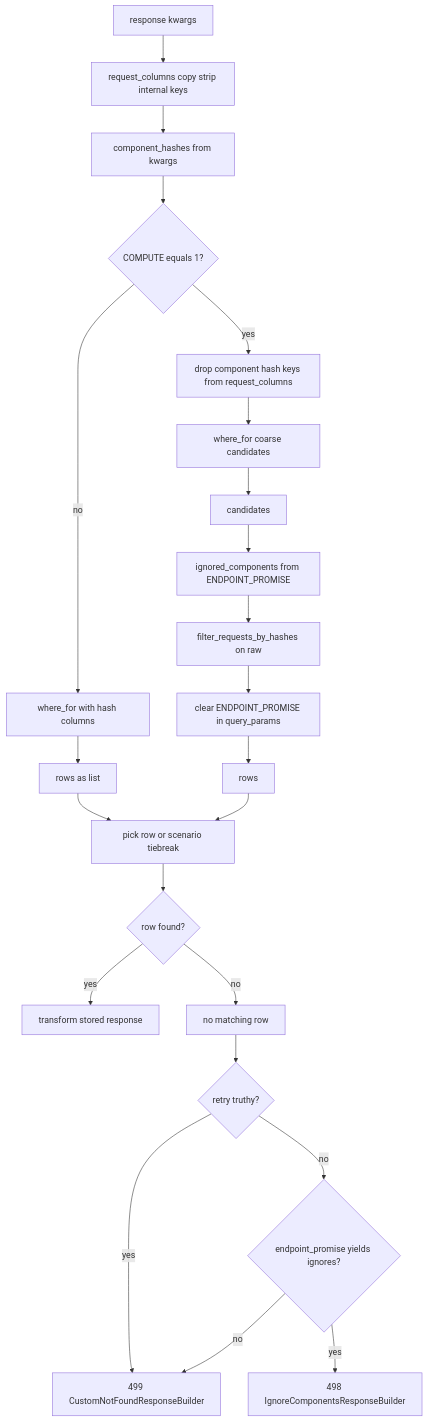
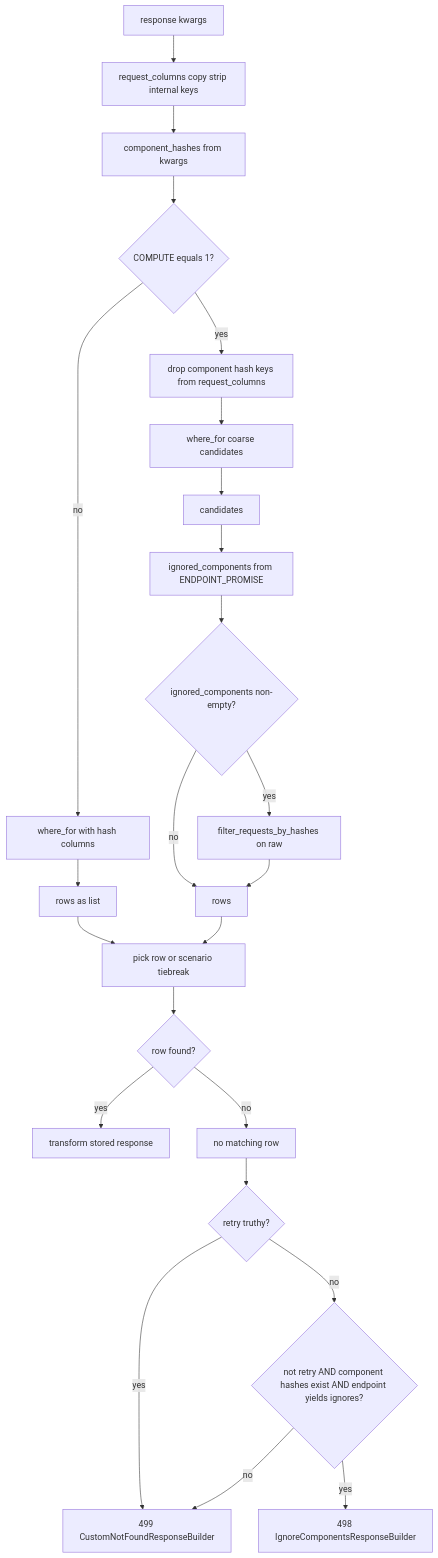
The second of 2 diagrams in docs/mock-request-matching.md (Stoobly/stoobly-agent), drawn with Mermaid before and after one commit. The commit also changed other lines of this file, not shown here.

````diff
--- a/docs/mock-request-matching.md
+++ b/docs/mock-request-matching.md
@@ -77,27 +92,28 @@
 ```mermaid
 flowchart TB
   Start[response kwargs]
   Col[request_columns copy strip internal keys]
   Snap[component_hashes from kwargs]
   Comp{COMPUTE equals 1?}
   Start --> Col --> Snap --> Comp
   Comp -->|no| ORM1[where_for with hash columns]
   ORM1 --> Rows1[rows as list]
   Comp -->|yes| Strip[drop component hash keys from request_columns]
   Strip --> ORM2[where_for coarse candidates]
   ORM2 --> Rows2[candidates]
   Rows2 --> IG[ignored_components from ENDPOINT_PROMISE]
-  IG --> Filt[filter_requests_by_hashes on raw]
-  Filt --> CLR[clear ENDPOINT_PROMISE in query_params]
-  CLR --> Rows3[rows]
+  IG --> CF{ignored_components non-empty?}
+  CF -->|yes| Filt[filter_requests_by_hashes on raw]
+  CF -->|no| Rows3[rows]
+  Filt --> Rows3[rows]
   Rows1 --> Pick[pick row or scenario tiebreak]
   Rows3 --> Pick
   Pick --> Got{row found?}
   Got -->|yes| OK[transform stored response]
   Got -->|no| NFD[no matching row]
   NFD --> RY{retry truthy?}
   RY -->|yes| R499[499 CustomNotFoundResponseBuilder]
-  RY -->|no| EP2{endpoint_promise yields ignores?}
+  RY -->|no| EP2{not retry AND component hashes exist AND endpoint yields ignores?}
   EP2 -->|yes| R498[498 IgnoreComponentsResponseBuilder]
   EP2 -->|no| R499
 ```
````
